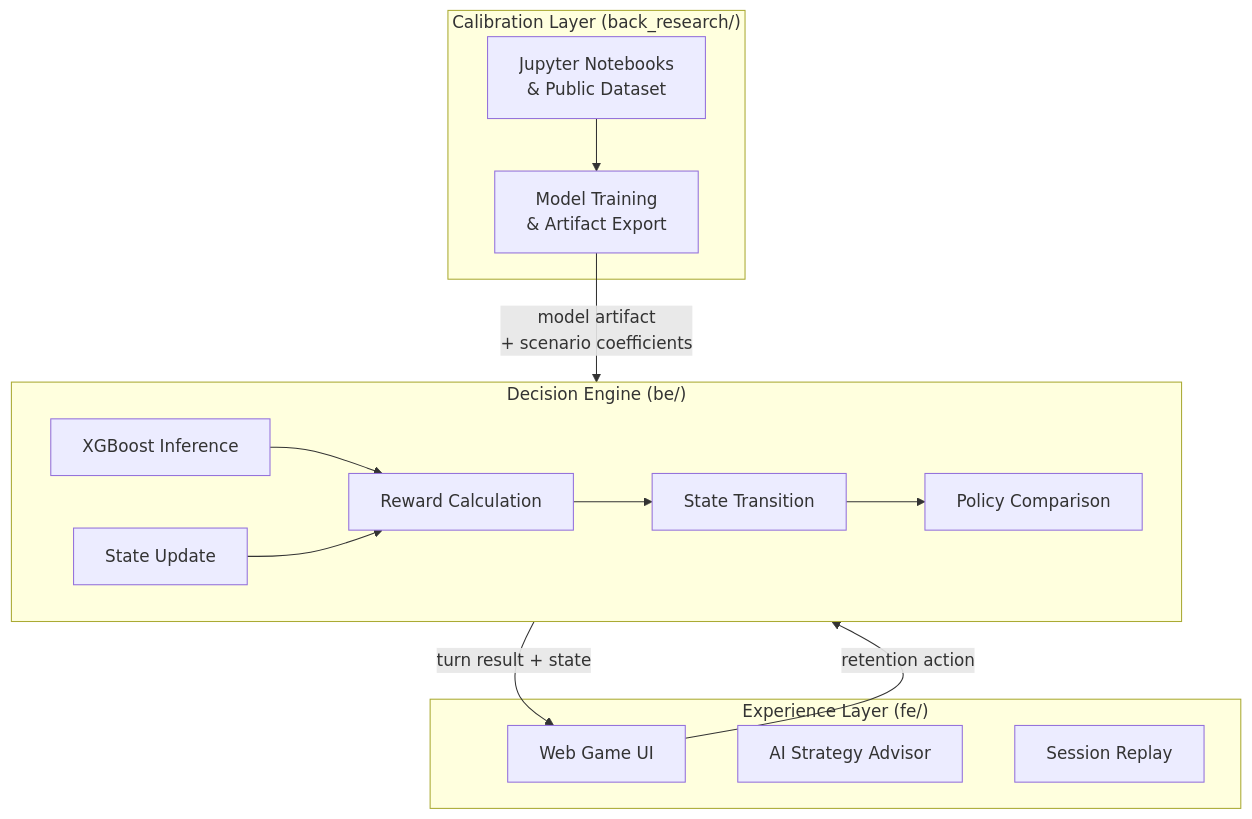
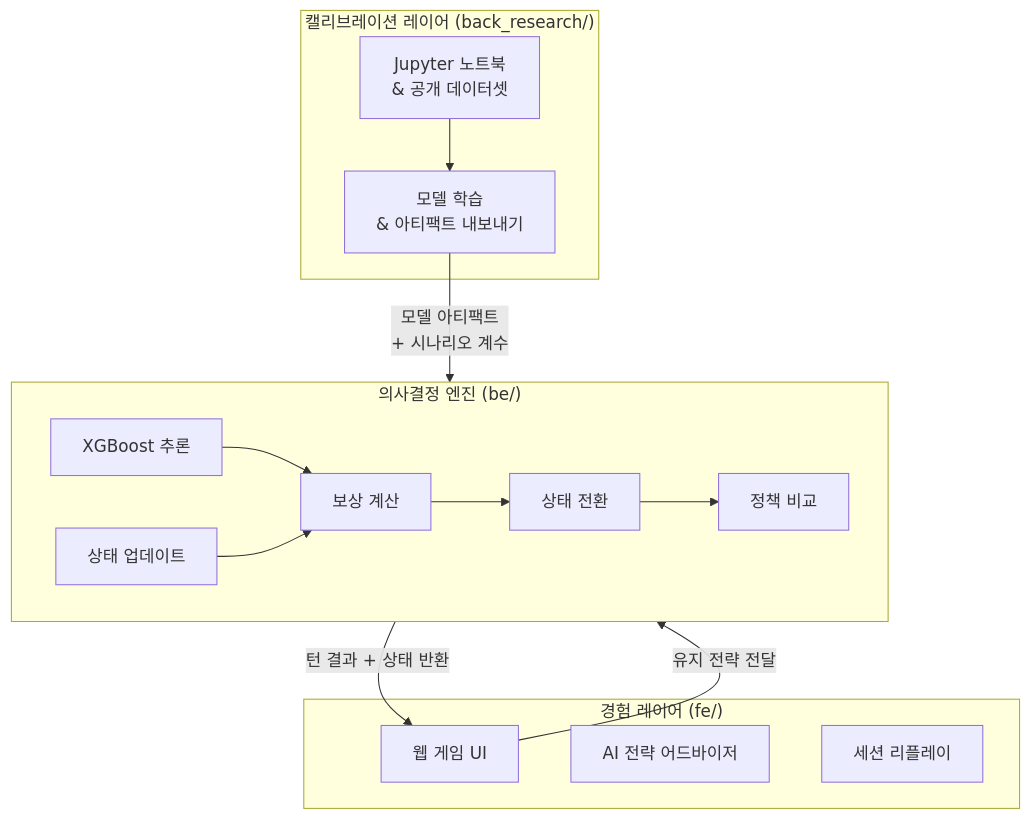
One commit to vosnuev/ceo-business-simulator changed the second of 2 diagrams in README.md. Above: the diagram before and after it, drawn with Mermaid. The commit also changed other lines of this file, not shown here.

````diff
--- a/README.md
+++ b/README.md
@@ -154,27 +159,27 @@
 ```mermaid
 graph TD
-    subgraph FE["Experience Layer (fe/)"]
-        UI["Web Game UI"]
-        ADV["AI Strategy Advisor"]
-        REP["Session Replay"]
+    subgraph FE["경험 레이어 (fe/)"]
+        UI["웹 게임 UI"]
+        ADV["AI 전략 어드바이저"]
+        REP["세션 리플레이"]
     end
 
-    subgraph BE["Decision Engine (be/)"]
-        ST["State Update"]
-        RW["Reward Calculation"]
-        TR["State Transition"]
-        PC["Policy Comparison"]
-        INF["XGBoost Inference"]
+    subgraph BE["의사결정 엔진 (be/)"]
+        ST["상태 업데이트"]
+        RW["보상 계산"]
+        TR["상태 전환"]
+        PC["정책 비교"]
+        INF["XGBoost 추론"]
     end
 
-    subgraph RES["Calibration Layer (back_research/)"]
-        NB["Jupyter Notebooks\n& Public Dataset"]
-        ART["Model Training\n& Artifact Export"]
+    subgraph RES["캘리브레이션 레이어 (back_research/)"]
+        NB["Jupyter 노트북\n& 공개 데이터셋"]
+        ART["모델 학습\n& 아티팩트 내보내기"]
     end
 
-    UI -->|"retention action"| BE
-    BE -->|"turn result + state"| UI
+    UI -->|"유지 전략 전달"| BE
+    BE -->|"턴 결과 + 상태 반환"| UI
     INF --> RW
     ST --> RW --> TR --> PC
-    NB --> ART -->|"model artifact\n+ scenario coefficients"| BE
+    NB --> ART -->|"모델 아티팩트\n+ 시나리오 계수"| BE
 ```
````
